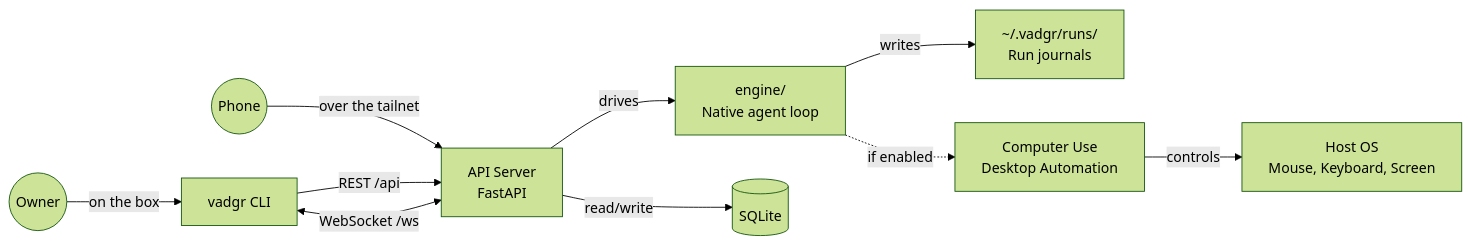
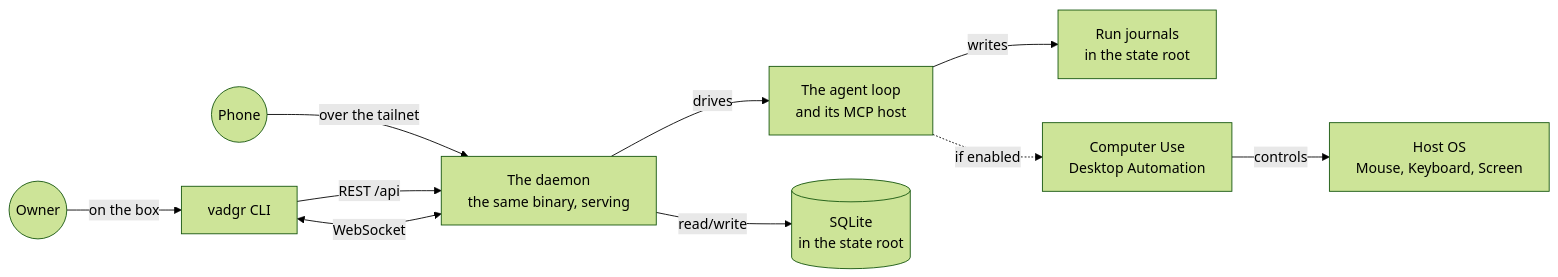
The diagram in README.md (MONTBRAIN/vadgr), drawn with Mermaid (forest theme) before and after one commit. The commit also changed other lines of this file and 307 other files, not shown here.

````diff
--- a/README.md
+++ b/README.md
@@ -116,12 +109,12 @@
 ```mermaid
 graph LR
     Owner((Owner)) -->|on the box| VCLI[vadgr CLI]
     Phone((Phone)) -->|over the tailnet| API
-    VCLI -->|REST /api| API[API Server<br/>FastAPI]
-    VCLI <-->|WebSocket /ws| API
-    API -->|drives| Loop[engine/<br/>Native agent loop]
-    API -->|read/write| DB[(SQLite)]
-    Loop -->|writes| Journal[~/.vadgr/runs/<br/>Run journals]
+    VCLI -->|REST /api| API[The daemon<br/>the same binary, serving]
+    VCLI <-->|WebSocket| API
+    API -->|drives| Loop[The agent loop<br/>and its MCP host]
+    API -->|read/write| DB[(SQLite<br/>in the state root)]
+    Loop -->|writes| Journal[Run journals<br/>in the state root]
     Loop -.->|if enabled| CU[Computer Use<br/>Desktop Automation]
     CU -->|controls| Desktop[Host OS<br/>Mouse, Keyboard, Screen]
 ```
````
